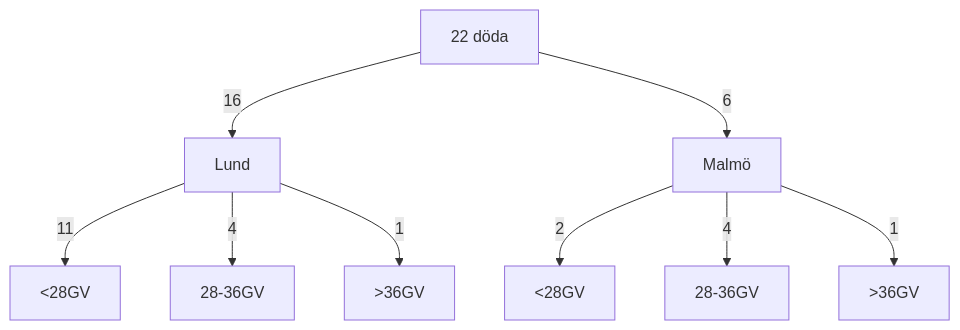
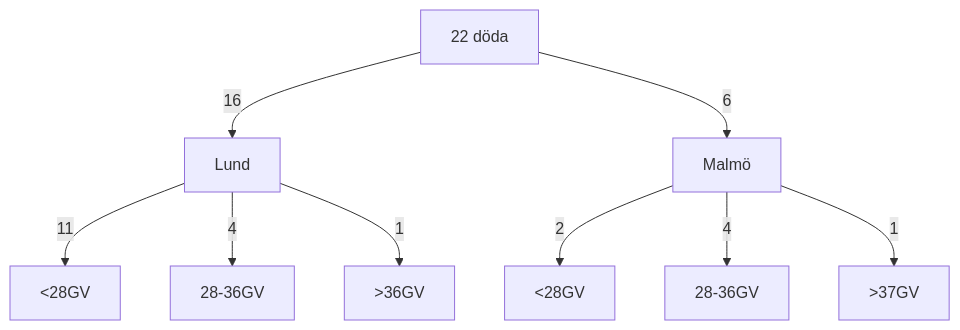
One commit to jsandblom/d22 changed the third of 7 diagrams in slides.md. Above: the diagram before and after it, drawn with Mermaid. The commit also changed other lines of this file, not shown here.

````diff
--- a/slides.md
+++ b/slides.md
@@ -97,11 +89,11 @@
 ```mermaid
 flowchart TD
     A[22 döda] -->|16| B[Lund]
     A -->|6| C[Malmö]
     B -->|11| F[<28GV]
     B -->|4| G[28-36GV]
     B -->|1| H[>36GV]
     C -->|2| D[<28GV]
     C -->|4| E[28-36GV]
-    C -->|1| I[>36GV]
+    C -->|1| I[>37GV]
 ```
````
